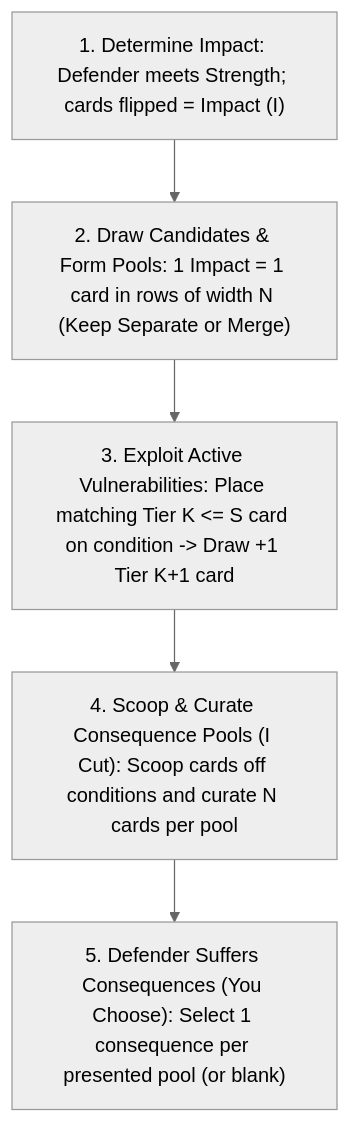
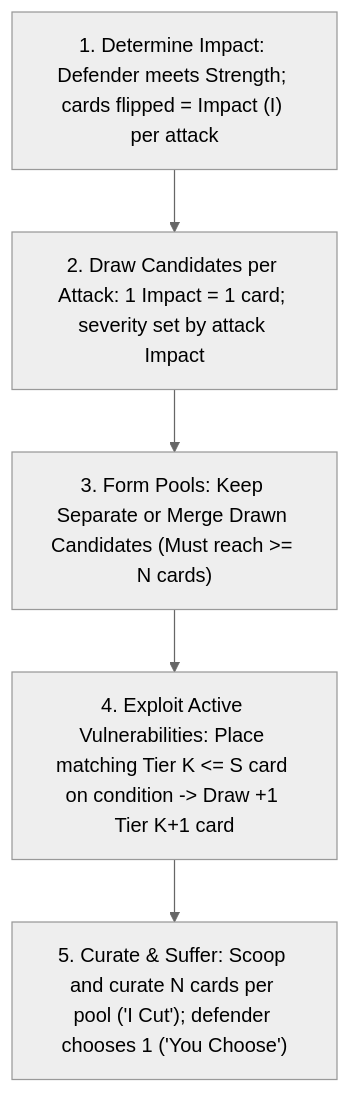
One commit to tdimiduk/cardpg changed the diagram in design/iteration/resolution/candidates/consequence-pool-tag-escalation/README.md. Above: the diagram before and after it, drawn with Mermaid (neutral theme). The commit also changed other lines of this file and 12 other files, not shown here.

````diff
--- a/design/iteration/resolution/candidates/consequence-pool-tag-escalation/README.md
+++ b/design/iteration/resolution/candidates/consequence-pool-tag-escalation/README.md
@@ -34,7 +34,7 @@
 ```mermaid
 flowchart TD
-    A["1. Determine Impact: Defender meets Strength; cards flipped = Impact (I)"] --> B["2. Draw Candidates & Form Pools: 1 Impact = 1 card in rows of width N (Keep Separate or Merge)"]
-    B --> C["3. Exploit Active Vulnerabilities: Place matching Tier K <= S card on condition -> Draw +1 Tier K+1 card"]
-    C --> D["4. Scoop & Curate Consequence Pools (I Cut): Scoop cards off conditions and curate N cards per pool"]
-    D --> E["5. Defender Suffers Consequences (You Choose): Select 1 consequence per presented pool (or blank)"]
+    A["1. Determine Impact: Defender meets Strength; cards flipped = Impact (I) per attack"] --> B["2. Draw Candidates per Attack: 1 Impact = 1 card; severity set by attack Impact"]
+    B --> C["3. Form Pools: Keep Separate or Merge Drawn Candidates (Must reach >= N cards)"]
+    C --> D["4. Exploit Active Vulnerabilities: Place matching Tier K <= S card on condition -> Draw +1 Tier K+1 card"]
+    D --> E["5. Curate & Suffer: Scoop and curate N cards per pool ('I Cut'); defender chooses 1 ('You Choose')"]
 ```
````
